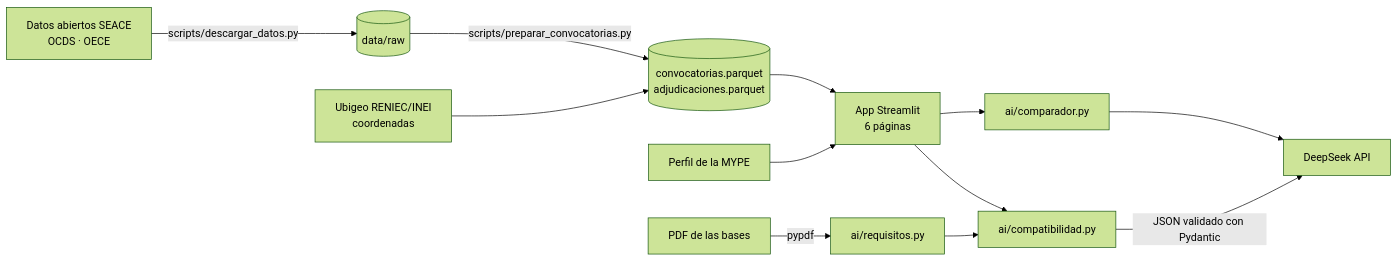
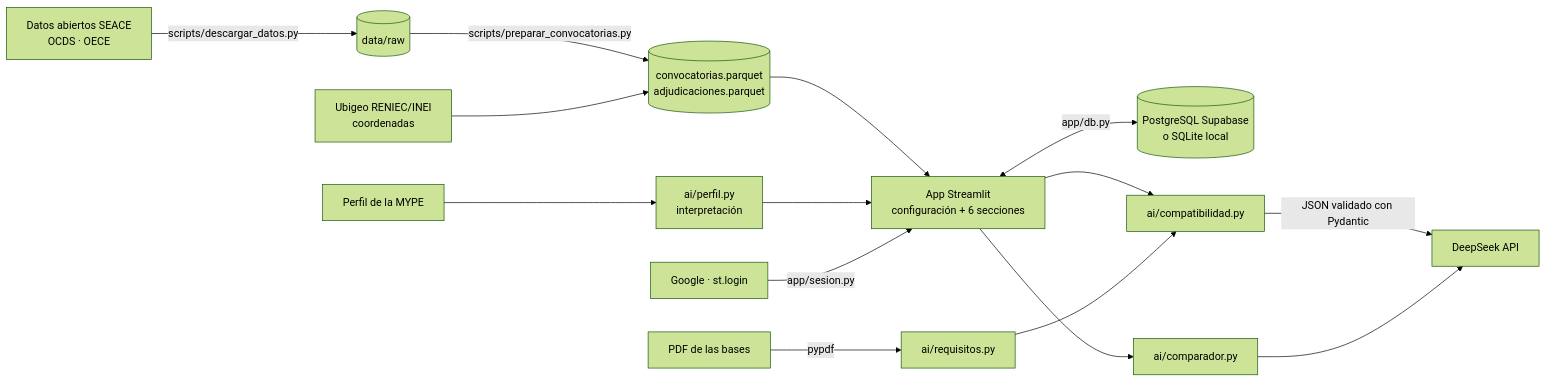
The diagram in README.md (leruizdelavegat-max/licitapyme), drawn with Mermaid (forest theme) before and after one commit. The commit also changed other lines of this file and 5 other files, not shown here.

Commit message:
Guia de despliegue (Supabase + Google + Streamlit Cloud), README y filtros compactos

````diff
--- a/README.md
+++ b/README.md
@@ -72,13 +82,16 @@
 ```mermaid
 flowchart LR
     A[Datos abiertos SEACE<br/>OCDS · OECE] -->|scripts/descargar_datos.py| B[(data/raw)]
     B -->|scripts/preparar_convocatorias.py| C[(convocatorias.parquet<br/>adjudicaciones.parquet)]
     G[Ubigeo RENIEC/INEI<br/>coordenadas] --> C
-    C --> D[App Streamlit<br/>6 páginas]
-    E[Perfil de la MYPE] --> D
+    C --> D[App Streamlit<br/>configuración + 6 secciones]
+    E[Perfil de la MYPE] --> P[ai/perfil.py<br/>interpretación]
+    P --> D
+    D <-->|app/db.py| DB[(PostgreSQL Supabase<br/>o SQLite local)]
+    L[Google · st.login] -->|app/sesion.py| D
     F[PDF de las bases] -->|pypdf| H[ai/requisitos.py]
     D --> I[ai/compatibilidad.py]
     H --> I
     I -->|JSON validado con Pydantic| J[DeepSeek API]
     D --> K[ai/comparador.py] --> J
 ```
````
